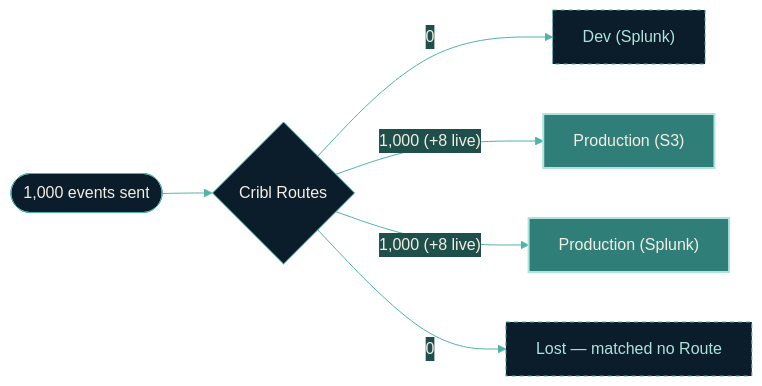
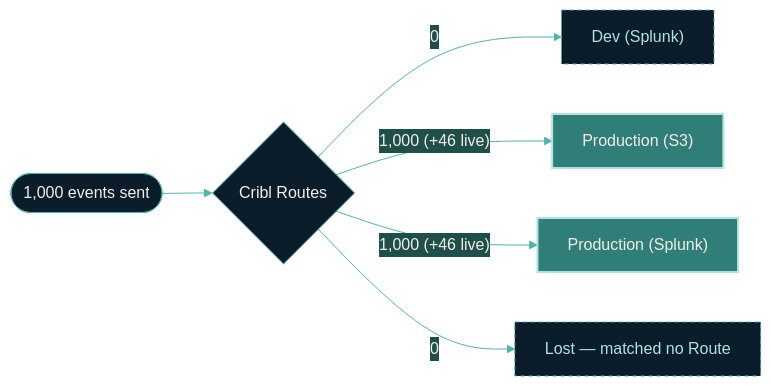
Before and after one commit to JacobPEvans-personal/cc-stream-zscaler-incident-test: the first of 9 diagrams in REPORT.md, drawn with Mermaid. The commit also changed other lines of this file and 19 other files, not shown here.

````diff
--- a/REPORT.md
+++ b/REPORT.md
@@ -41,17 +38,17 @@
 ```mermaid
 %%{init: {"theme": "base", "themeVariables": {
   "primaryColor": "#0b1d2a", "primaryTextColor": "#f4efe6", "primaryBorderColor": "#4fb3a9",
   "lineColor": "#4fb3a9", "edgeLabelBackground": "#1f4f4a", "textColor": "#f4efe6",
   "fontFamily": "ui-sans-serif, sans-serif"
 }}}%%
 flowchart LR
   IN(["1,000 events sent"]) --> C{"Cribl Routes"}
   C -->|"0"| dev["Dev (Splunk)"]
   style dev fill:#0b1d2a,stroke:#4fb3a9,stroke-dasharray:4,color:#aee4dd
-  C -->|"1,000 (+8 live)"| s3["Production (S3)"]
+  C -->|"1,000 (+46 live)"| s3["Production (S3)"]
   style s3 fill:#2f7e78,stroke:#aee4dd,stroke-width:2px,color:#f4efe6
-  C -->|"1,000 (+8 live)"| prod["Production (Splunk)"]
+  C -->|"1,000 (+46 live)"| prod["Production (Splunk)"]
   style prod fill:#2f7e78,stroke:#aee4dd,stroke-width:2px,color:#f4efe6
   C -->|"0"| default["Lost — matched no Route"]
   style default fill:#0b1d2a,stroke:#4fb3a9,stroke-dasharray:4,color:#aee4dd
 ```
````
